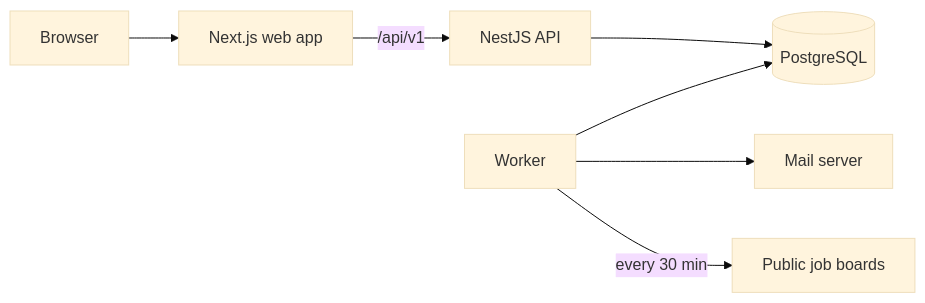
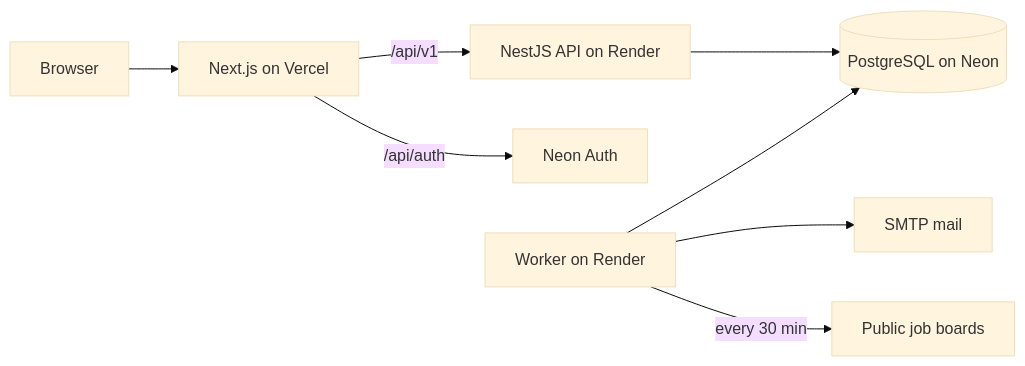
The second of 2 diagrams in README.md (ManasSaxena14/HireFlow), drawn with Mermaid (base theme) before and after one commit. The commit also changed other lines of this file and 29 other files, not shown here.

````diff
--- a/README.md
+++ b/README.md
@@ -94,9 +67,10 @@
 ```mermaid
 flowchart LR
-  B[Browser] --> W[Next.js web app]
-  W -- /api/v1 --> A[NestJS API]
-  A --> P[(PostgreSQL)]
-  K[Worker] --> P
-  K --> M[Mail server]
+  B[Browser] --> W[Next.js on Vercel]
+  W -- /api/v1 --> A[NestJS API on Render]
+  W -- /api/auth --> N[Neon Auth]
+  A --> P[(PostgreSQL on Neon)]
+  K[Worker on Render] --> P
+  K --> M[SMTP mail]
   K -- every 30 min --> J[Public job boards]
 ```
````
